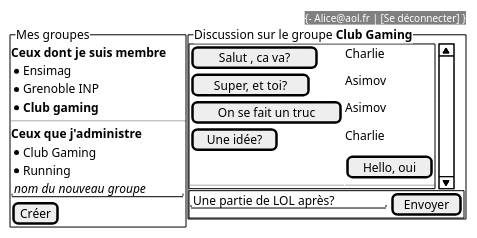
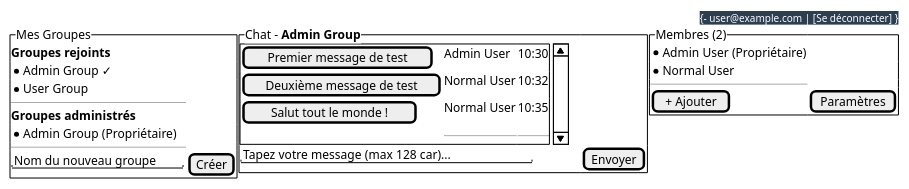
The second of 3 diagrams in README.md (morchidy/YMCHAT), drawn with PlantUML before and after one commit. The commit also changed other lines of this file and 14 other files, not shown here.

````diff
--- a/README.md
+++ b/README.md
@@ -56,37 +138,40 @@
 ```plantuml
 @startsalt
 <style>
 header {
-  TextAlignement right
-  BackGroundColor gray
+  TextAlignment right
+  BackGroundColor #2c3e50
   FontColor white
 }
 </style>
-header {- Alice@aol.fr | [Se déconnecter] }
+header {- user@example.com | [Se déconnecter] }
 {
-{^Mes groupes
-**Ceux dont je suis membre**
-* Ensimag
-* Grenoble INP
-* <b>Club gaming
+{^"Mes Groupes"
+**Groupes rejoints**
+* Admin Group ✓
+* User Group
 ----
-**Ceux que j'administre**
-* Club Gaming
-* Running
-"<i>nom du nouveau groupe" 
- [Créer]
+**Groupes administrés**
+* Admin Group (Propriétaire)
+----
+"Nom du nouveau groupe" | [Créer]
 }|
-{^"Discussion sur le groupe <b>Club Gaming"
+{^"Chat - <b>Admin Group"
 {SI
-  [Salut , ca va? ] | Charlie
-  [Super, et toi?] | Asimov
-  [On se fait un truc] | Asimov
-  [Une idée? ] | Charlie
-  . | [Hello, oui]
-  ----|----
+[Premier message de test] | Admin User | 10:30
+[Deuxième message de test] | Normal User | 10:32
+[Salut tout le monde !] | Normal User | 10:35
+. | 
+----|----
 }
-{+ "Une partie de LOL après?" | [Envoyer ] }
+"Tapez votre message (max 128 car)..." | [Envoyer]
+}|
+{^"Membres (2)"
+* Admin User (Propriétaire)
+* Normal User
+----
+[+ Ajouter] | [Paramètres]
 }
 }
 @endsalt
 ```
````
